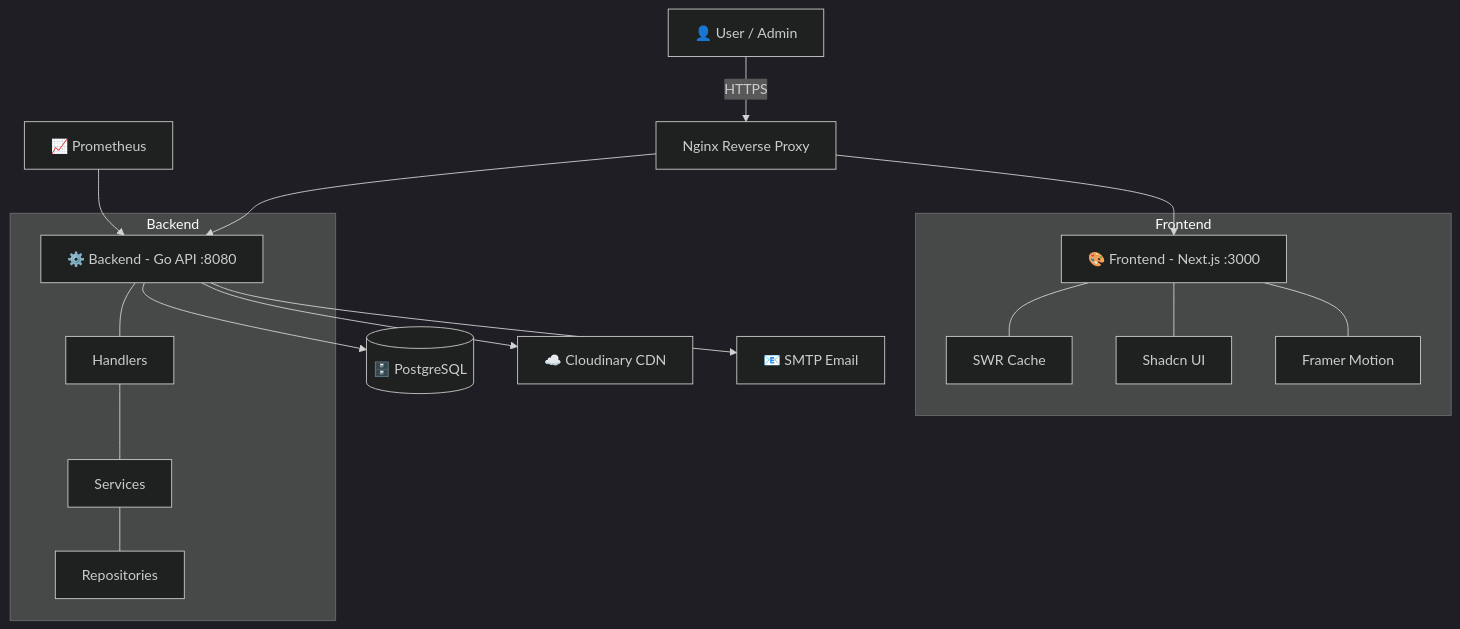
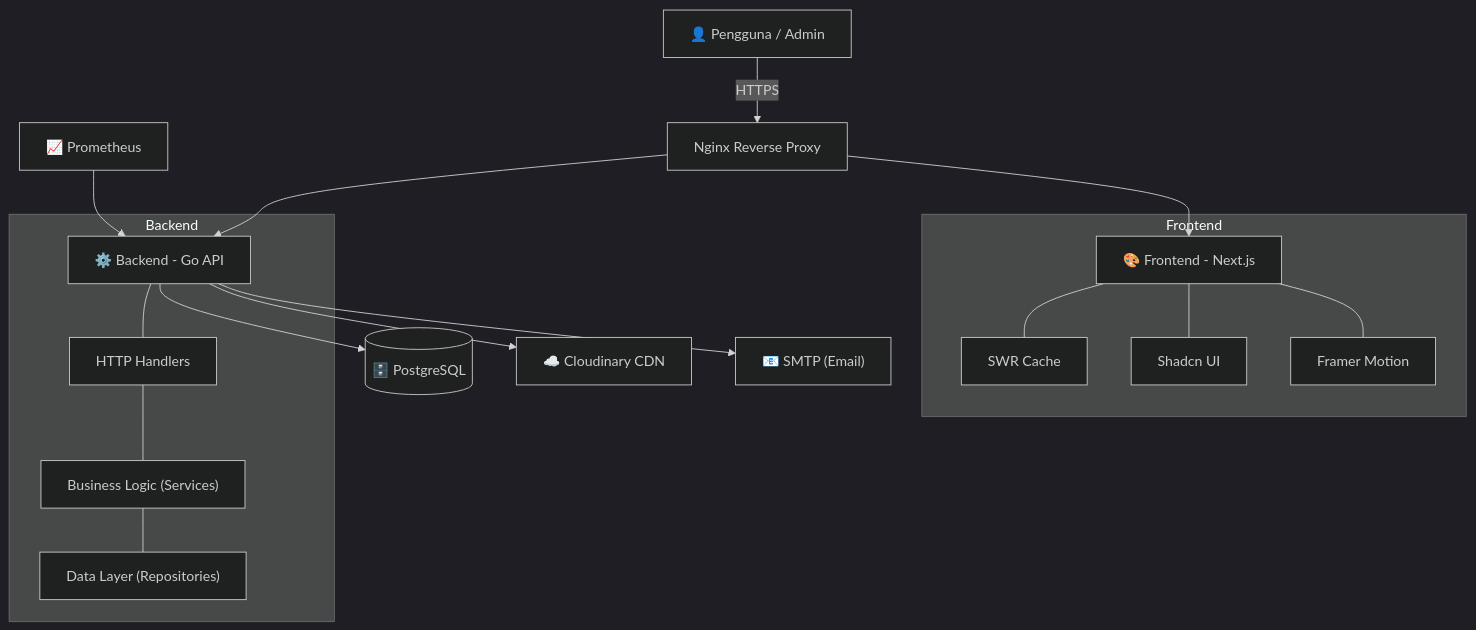
Before and after one commit to ArkanFzi/platfrom-kos: the diagram in README.md, drawn with Mermaid (dark theme). The commit also changed other lines of this file and 9 other files, not shown here.

````diff
--- a/README.md
+++ b/README.md
@@ -62,22 +61,22 @@
 ```mermaid
 graph TD
-    A["👤 User / Admin"] -->|HTTPS| B["Nginx Reverse Proxy"]
-    B --> C["🎨 Frontend - Next.js :3000"]
-    B --> D["⚙️ Backend - Go API :8080"]
+    A["👤 Pengguna / Admin"] -->|HTTPS| B["Nginx Reverse Proxy"]
+    B --> C["🎨 Frontend - Next.js"]
+    B --> D["⚙️ Backend - Go API"]
     D --> E[("🗄️ PostgreSQL")]
     D --> F["☁️ Cloudinary CDN"]
-    D --> G["📧 SMTP Email"]
+    D --> G["📧 SMTP (Email)"]
     H["📈 Prometheus"] --> D
 
     subgraph Frontend
         C --- SWR["SWR Cache"]
         C --- Shadcn["Shadcn UI"]
         C --- Motion["Framer Motion"]
     end
 
     subgraph Backend
-        D --- Handlers["Handlers"]
-        Handlers --- Services["Services"]
-        Services --- Repos["Repositories"]
+        D --- Handlers["HTTP Handlers"]
+        Handlers --- Services["Business Logic (Services)"]
+        Services --- Repos["Data Layer (Repositories)"]
     end
 ```
````
